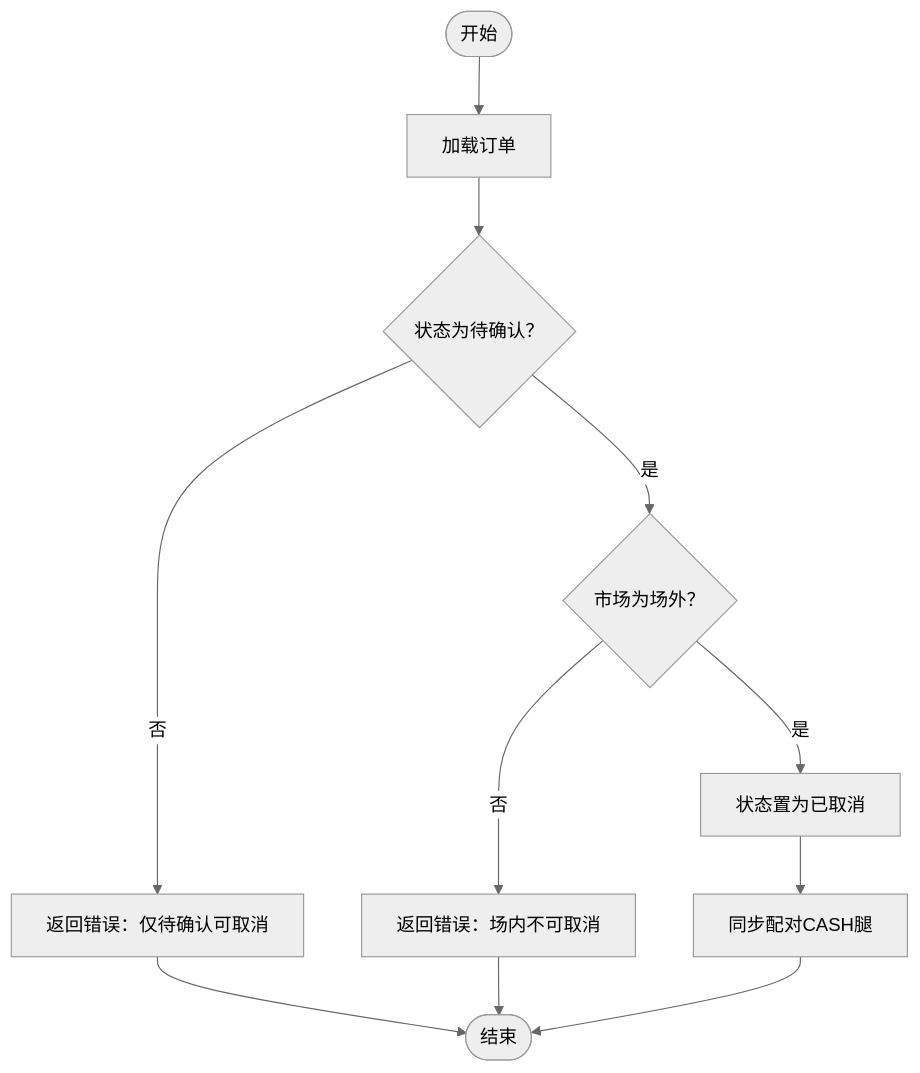
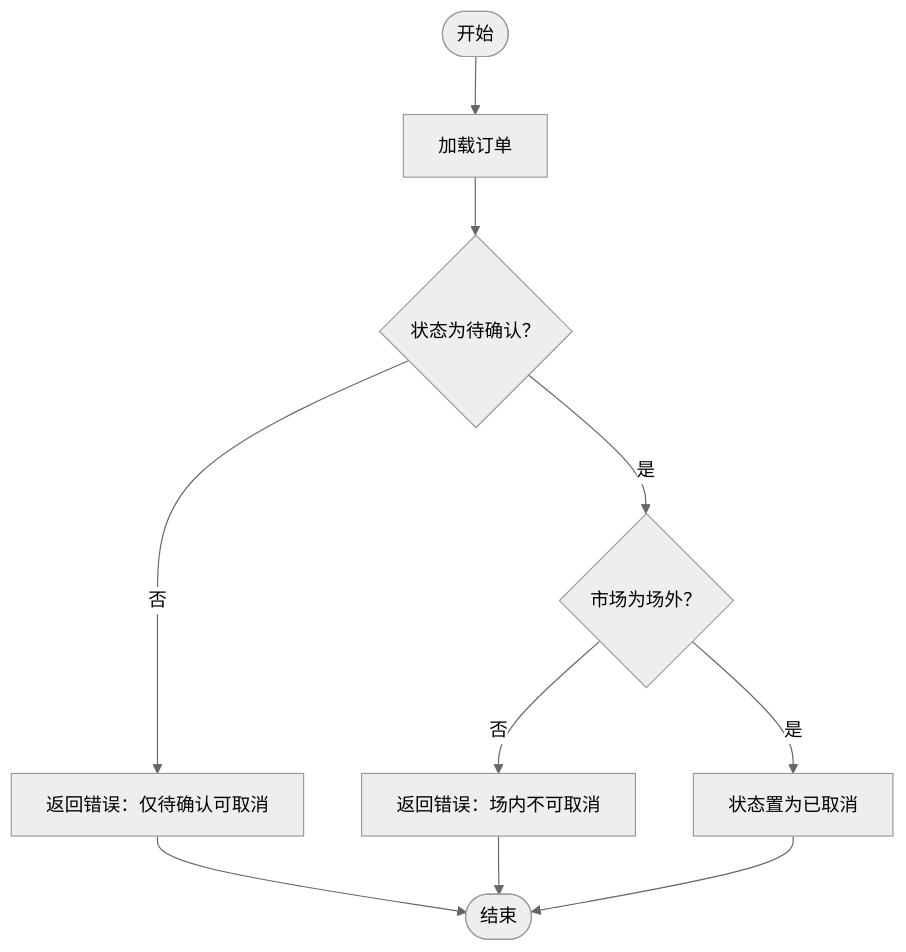
Diagram 14 of 17 in .qoder/repowiki/zh/content/核心业务功能/交易处理.md (gujialind/InvestRing), drawn with Mermaid (neutral theme) before and after one commit. The commit also changed other lines of this file and 64 other files, not shown here.

````diff
--- a/.qoder/repowiki/zh/content/核心业务功能/交易处理.md
+++ b/.qoder/repowiki/zh/content/核心业务功能/交易处理.md
@@ -549,13 +654,12 @@
 ```mermaid
 flowchart TD
 Start(["开始"]) --> Load["加载订单"]
 Load --> Status{"状态为待确认？"}
 Status --> |否| Err["返回错误：仅待确认可取消"]
 Status --> |是| Market{"市场为场外？"}
 Market --> |否| Err2["返回错误：场内不可取消"]
 Market --> |是| Cancel["状态置为已取消"]
-Cancel --> SyncPair["同步配对CASH腿"]
-SyncPair --> End(["结束"])
+Cancel --> End(["结束"])
 Err --> End
 Err2 --> End
 ```
````
